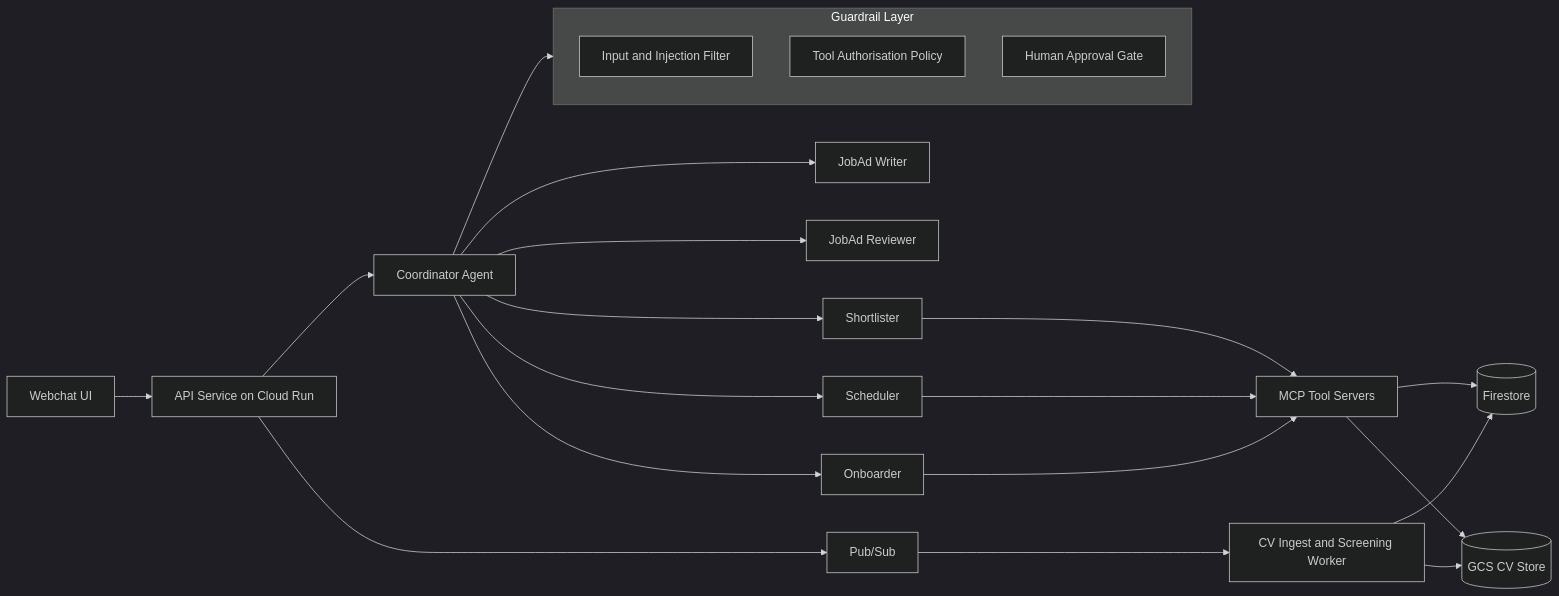
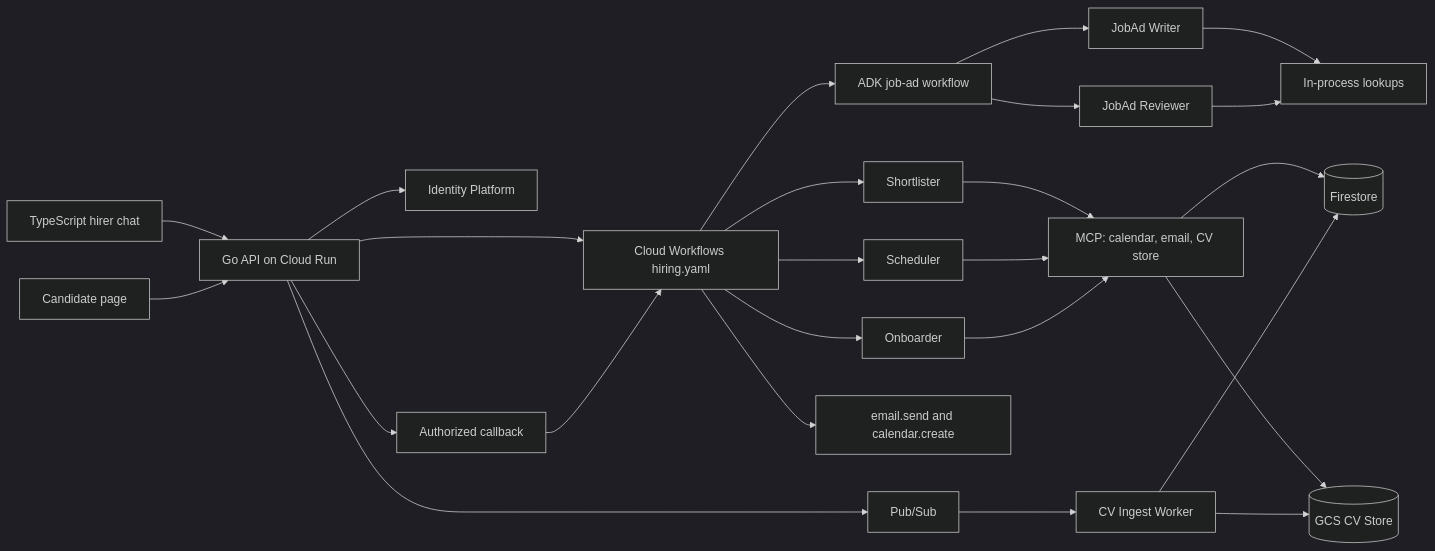
One commit to yogesh-insta/agentic-hiring-assistant changed the diagram in docs/PLAN.md. Above: the diagram before and after it, drawn with Mermaid (dark theme). The commit also changed other lines of this file and 123 other files, not shown here.

First line of the commit message:
Add the local hiring product and the undeployed cloud layout.

````diff
--- a/docs/PLAN.md
+++ b/docs/PLAN.md
@@ -94,25 +114,27 @@
 ```mermaid
 flowchart LR
-  hirerUI[Webchat UI] --> api[API Service on Cloud Run]
-  api --> coordinator[Coordinator Agent]
-  coordinator --> jobAdWriter[JobAd Writer]
-  coordinator --> jobAdReviewer[JobAd Reviewer]
-  coordinator --> shortlister[Shortlister]
-  coordinator --> scheduler[Scheduler]
-  coordinator --> onboarder[Onboarder]
-  subgraph guard [Guardrail Layer]
-    inputFilter[Input and Injection Filter]
-    policy[Tool Authorisation Policy]
-    approval[Human Approval Gate]
-  end
-  coordinator --> guard
-  shortlister --> tools[MCP Tool Servers]
+  hirerUI[TypeScript hirer chat] --> api[Go API on Cloud Run]
+  candidateUI[Candidate page] --> api
+  api --> idp[Identity Platform]
+  api --> hiring[Cloud Workflows hiring.yaml]
+  hiring --> jobAdPipeline[ADK job-ad workflow]
+  jobAdPipeline --> jobAdWriter[JobAd Writer]
+  jobAdPipeline --> jobAdReviewer[JobAd Reviewer]
+  hiring --> shortlister[Shortlister]
+  hiring --> scheduler[Scheduler]
+  hiring --> onboarder[Onboarder]
+  api --> callback[Authorized callback]
+  callback --> hiring
+  hiring --> execute[email.send and calendar.create]
+  jobAdWriter --> lookups[In-process lookups]
+  jobAdReviewer --> lookups
+  shortlister --> tools[MCP: calendar, email, CV store]
   scheduler --> tools
   onboarder --> tools
   tools --> firestore[(Firestore)]
   tools --> gcs[(GCS CV Store)]
   api --> pubsub[Pub/Sub]
-  pubsub --> worker[CV Ingest and Screening Worker]
+  pubsub --> worker[CV Ingest Worker]
+  worker --> firestore
   worker --> gcs
-  worker --> firestore
 ```
````
